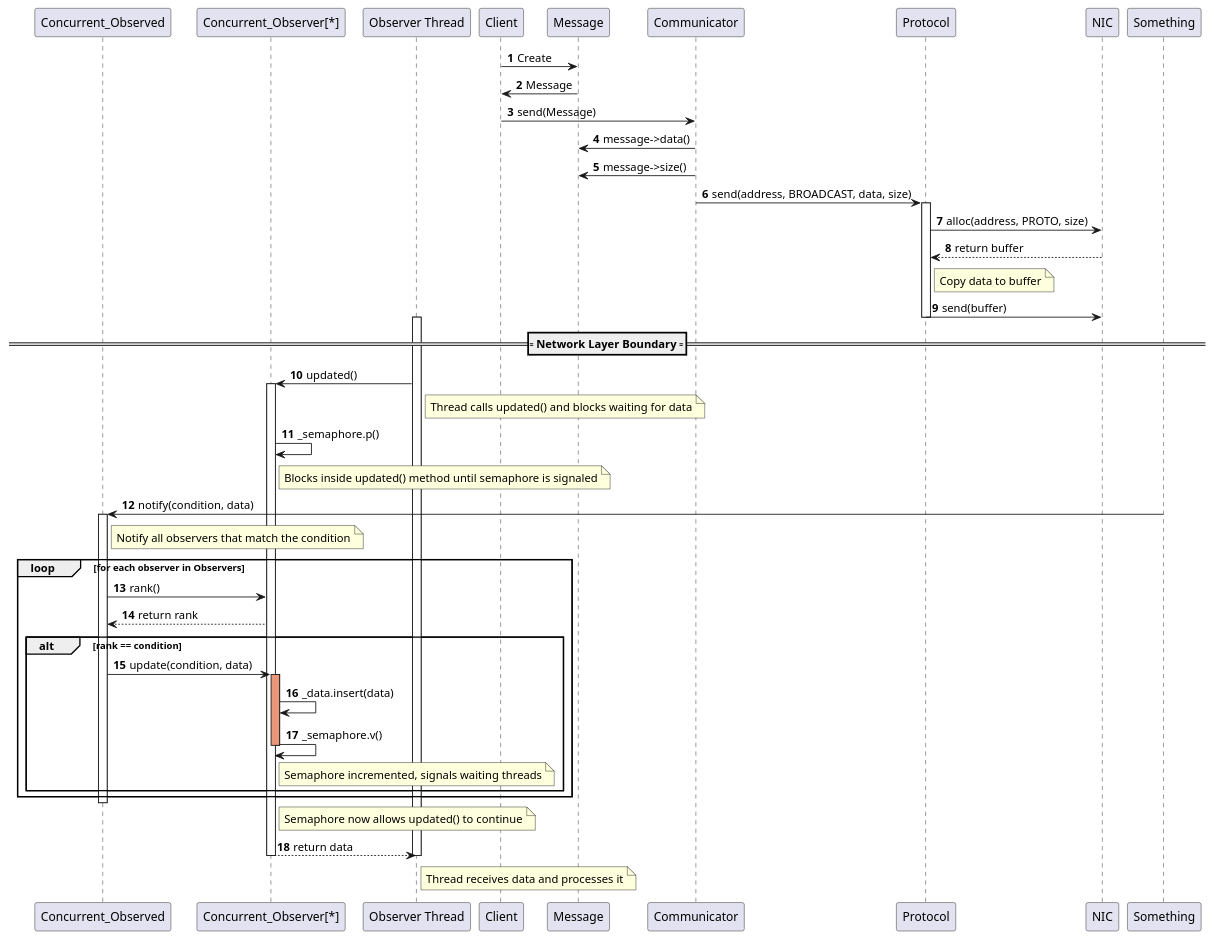
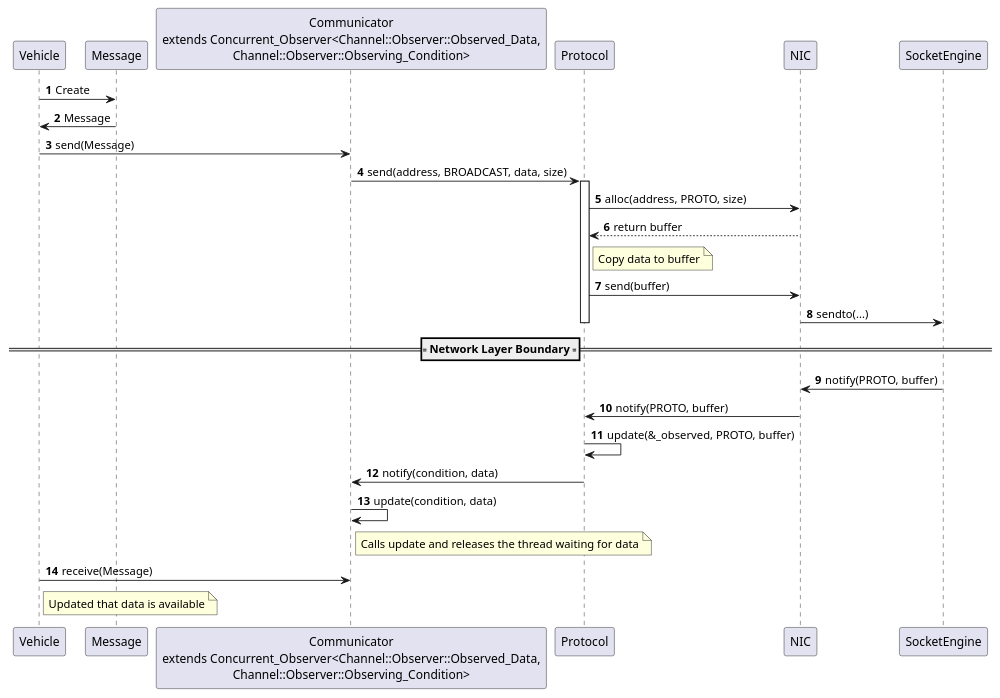
Before and after one commit to jcconnects/UFSC-INE5424: the diagram in doc/uml/system_sequence_diagram.puml, drawn with PlantUML. The commit also changed 2 other files, not shown here.

Commit message:
add and update diagrams

```diff
--- a/doc/uml/system_sequence_diagram.puml
+++ b/doc/uml/system_sequence_diagram.puml
@@ -1,63 +1,36 @@
 @startuml Observer_Pattern_Sequence
 
 ' Process flow
-participant Concurrent_Observed
-participant "Concurrent_Observer[*]" as Observers
-participant "Observer Thread" as ObserverThread
-participant Client
+participant Vehicle
 participant Message
-participant Communicator
+participant "Communicator\nextends Concurrent_Observer<Channel::Observer::Observed_Data,\nChannel::Observer::Observing_Condition>" as Communicator
 participant Protocol
 participant NIC
+participant SocketEngine
 
 autonumber
-Client -> Message: Create
-Message -> Client: Message
-Client -> Communicator: send(Message)
-Communicator -> Message: message->data()
-Communicator -> Message: message->size()
+Vehicle -> Message: Create
+Message -> Vehicle: Message
+Vehicle -> Communicator: send(Message)
 Communicator -> Protocol: send(address, BROADCAST, data, size)
 activate Protocol
 Protocol -> NIC: alloc(address, PROTO, size)
 NIC --> Protocol: return buffer
 note right of Protocol: Copy data to buffer
 Protocol -> NIC: send(buffer)
+NIC -> SocketEngine: sendto(...)
 deactivate Protocol
 
 ==== Network Layer Boundary ====
 
-' Receiving flow
-
-' Show the observer thread waiting on semaphore
-activate ObserverThread
-ObserverThread -> Observers: updated()
-activate Observers
-note right of ObserverThread: Thread calls updated() and blocks waiting for data
-Observers -> Observers: _semaphore.p()
-note right of Observers: Blocks inside updated() method until semaphore is signaled
-
-Something -> Concurrent_Observed: notify(condition, data)
-activate Concurrent_Observed
-note right of Concurrent_Observed: Notify all observers that match the condition
-' Iterate through multiple observers
-loop for each observer in Observers
-    Concurrent_Observed -> Observers: rank()
-    Observers --> Concurrent_Observed: return rank
-    alt rank == condition
-        Concurrent_Observed -> Observers: update(condition, data)
-        activate Observers #DarkSalmon
-        Observers -> Observers: _data.insert(data)
-        Observers -> Observers: _semaphore.v()
-        note right of Observers: Semaphore incremented, signals waiting threads
-        deactivate Observers #DarkSalmon
-    end
-end
-deactivate Concurrent_Observed
-
-note right of Observers: Semaphore now allows updated() to continue
-Observers --> ObserverThread: return data
-deactivate Observers
-note right of ObserverThread: Thread receives data and processes it
-deactivate ObserverThread
+' NIC receives data from the network
+SocketEngine -> NIC: notify(PROTO, buffer)
+NIC -> Protocol: notify(PROTO, buffer)
+Protocol -> Protocol: update(&_observed, PROTO, buffer)
+Protocol -> Communicator: notify(condition, data)
+Communicator -> Communicator: update(condition, data)
+note right of Communicator: Calls update and releases the thread waiting for data
+Vehicle -> Communicator: receive(Message)
+note right of Vehicle: Updated that data is available
 
 @enduml 
```
